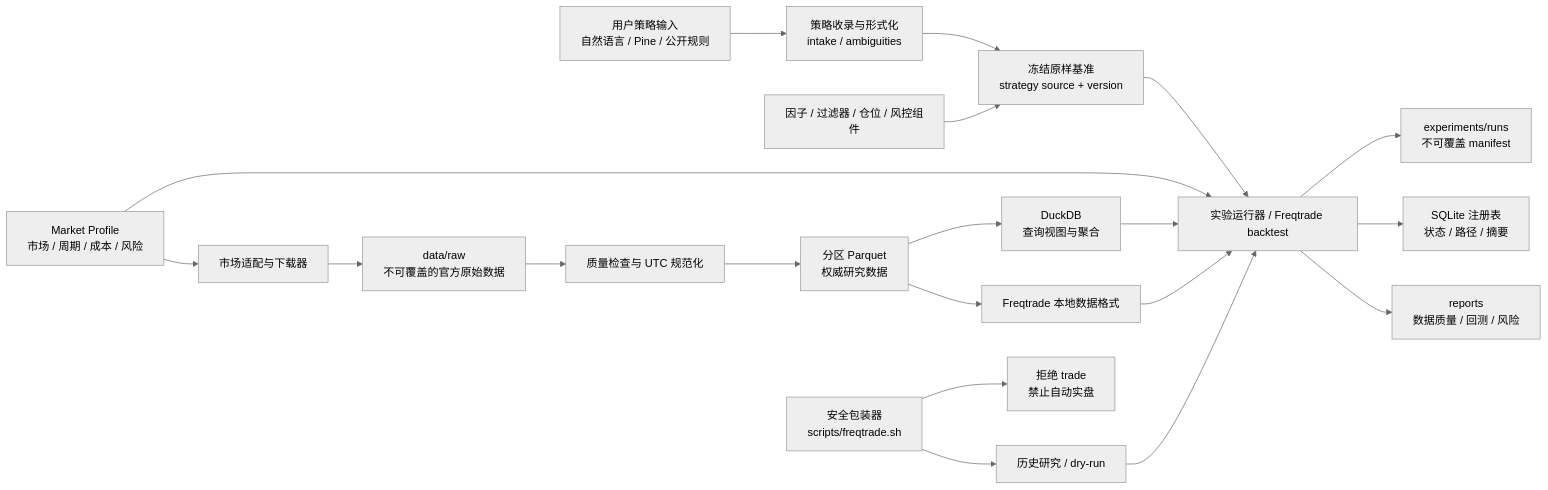
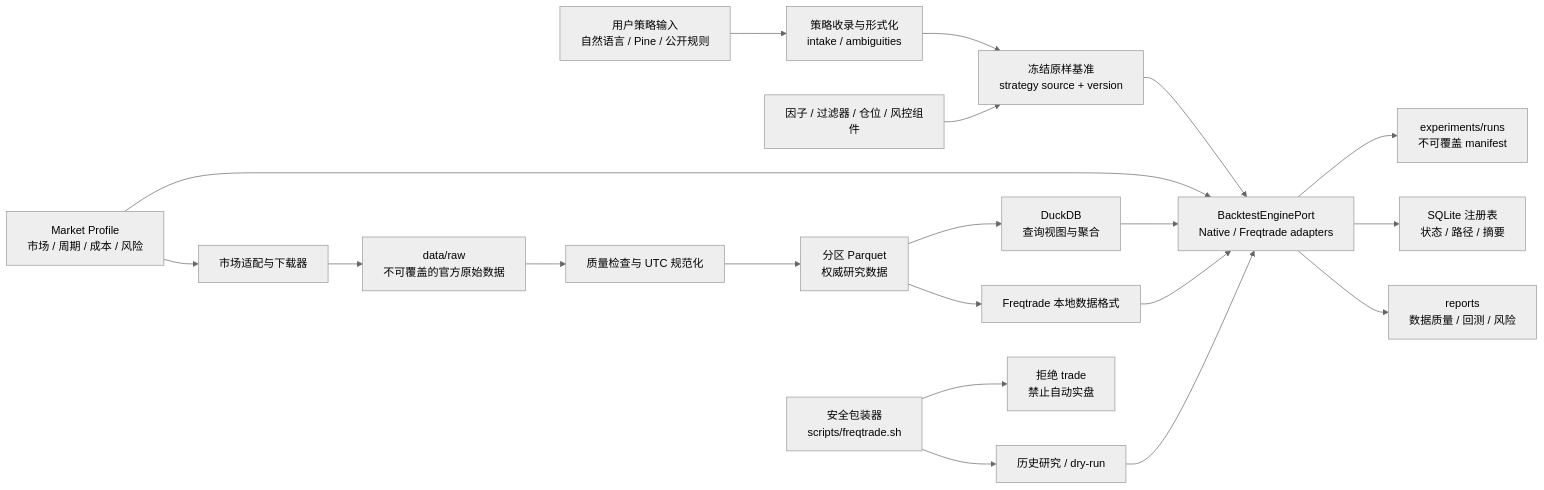
The second of 4 diagrams in docs/12-系统架构.md (goodperson888/quant-research-lab), drawn with Mermaid (neutral theme) before and after one commit. The commit also changed other lines of this file and 19 other files, not shown here.

````diff
--- a/docs/12-系统架构.md
+++ b/docs/12-系统架构.md
@@ -43,26 +46,26 @@
 ```mermaid
 flowchart LR
     U["用户策略输入<br/>自然语言 / Pine / 公开规则"] --> I["策略收录与形式化<br/>intake / ambiguities"]
     I --> B["冻结原样基准<br/>strategy source + version"]
 
     MP["Market Profile<br/>市场 / 周期 / 成本 / 风险"] --> DL["市场适配与下载器"]
     DL --> RAW["data/raw<br/>不可覆盖的官方原始数据"]
     RAW --> QA["质量检查与 UTC 规范化"]
     QA --> PQ["分区 Parquet<br/>权威研究数据"]
     PQ --> DDB["DuckDB<br/>查询视图与聚合"]
     PQ --> FTD["Freqtrade 本地数据格式"]
 
     FC["因子 / 过滤器 / 仓位 / 风控组件"] --> B
-    B --> ER["实验运行器 / Freqtrade backtest"]
+    B --> ER["BacktestEnginePort<br/>Native / Freqtrade adapters"]
     MP --> ER
     DDB --> ER
     FTD --> ER
 
     ER --> RUNS["experiments/runs<br/>不可覆盖 manifest"]
     ER --> REG["SQLite 注册表<br/>状态 / 路径 / 摘要"]
     ER --> REP["reports<br/>数据质量 / 回测 / 风险"]
 
     SAFE["安全包装器<br/>scripts/freqtrade.sh"] --> DRY["历史研究 / dry-run"]
     SAFE --> BLOCK["拒绝 trade<br/>禁止自动实盘"]
     DRY --> ER
 ```
````
